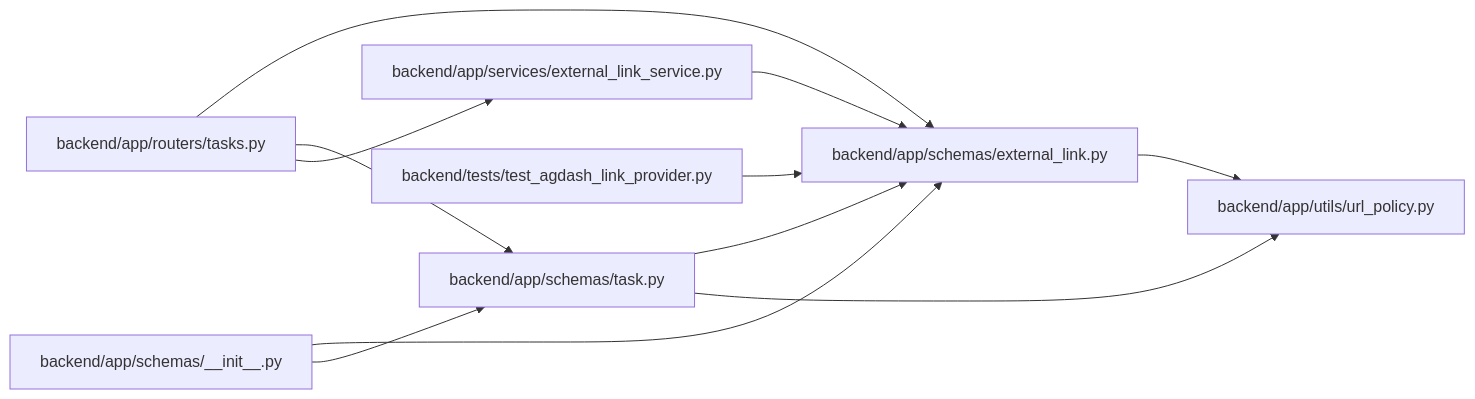
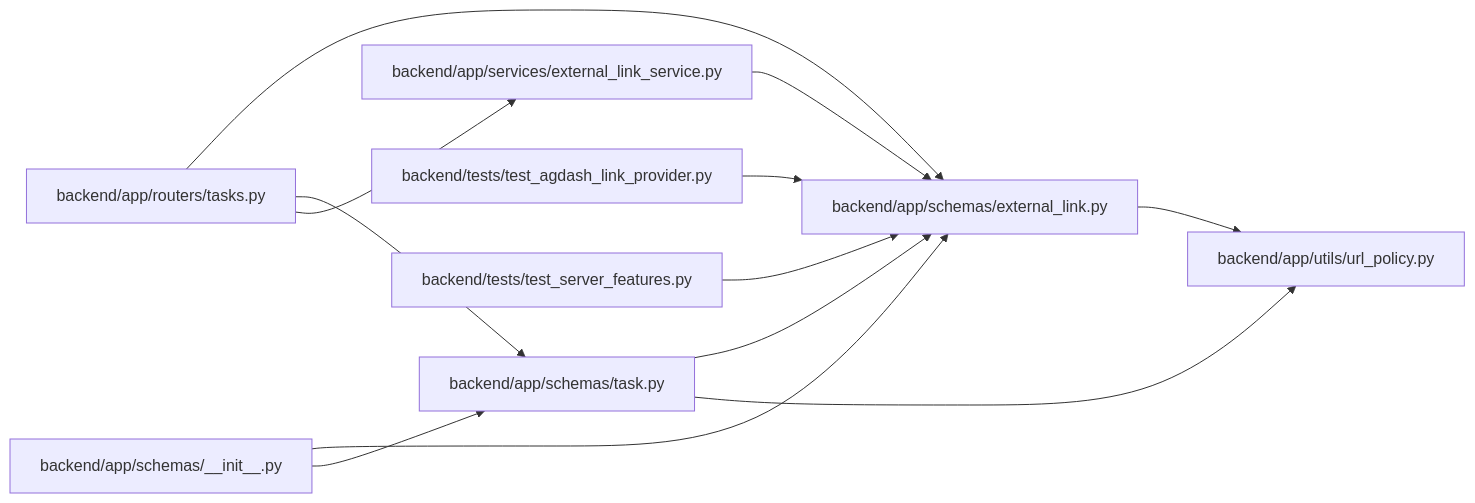
Before and after one commit to Denissvgn/WorkChord: the diagram in docs/llm_wiki/modules/schemas_external_link.md, drawn with Mermaid. The commit also changed other lines of this file and 631 other files, not shown here.

Commit message:
docs(wiki): refresh for public server features

````diff
--- a/docs/llm_wiki/modules/schemas_external_link.md
+++ b/docs/llm_wiki/modules/schemas_external_link.md
@@ -22,27 +22,30 @@
 ```mermaid
 flowchart LR
     n0["backend/app/routers/tasks.py"]
     n1["backend/app/schemas/__init__.py"]
     n2["backend/app/schemas/external_link.py"]
     n3["backend/app/schemas/task.py"]
     n4["backend/app/services/external_link_service.py"]
     n5["backend/app/utils/url_policy.py"]
     n6["backend/tests/test_agdash_link_provider.py"]
+    n7["backend/tests/test_server_features.py"]
     n0 --> n2
     n0 --> n3
     n0 --> n4
     n1 --> n2
     n1 --> n3
     n2 --> n5
     n3 --> n2
     n3 --> n5
     n4 --> n2
     n6 --> n2
+    n7 --> n2
     click n0 "../modules/tasks.md"
     click n1 "../modules/schemas___init__.md"
     click n2 "../modules/schemas_external_link.md"
     click n3 "../modules/schemas_task.md"
     click n4 "../modules/external_link_service.md"
     click n5 "../modules/url_policy.md"
     click n6 "../modules/test_agdash_link_provider.md"
+    click n7 "../modules/test_server_features.md"
 ```
````
